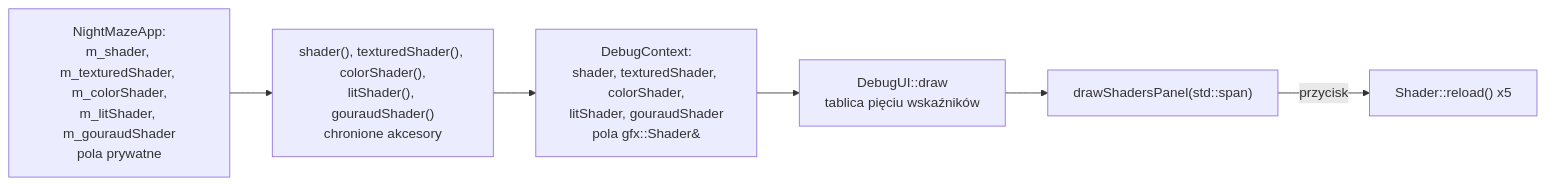
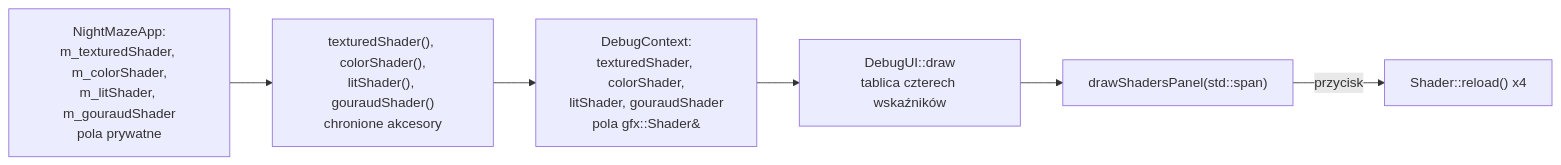
One commit to Shironex/night-maze changed the second of 3 diagrams in docs/modules/gfx/shader-hot-reload.md. Above: the diagram before and after it, drawn with Mermaid. The commit also changed other lines of this file and 50 other files, not shown here.

````diff
--- a/docs/modules/gfx/shader-hot-reload.md
+++ b/docs/modules/gfx/shader-hot-reload.md
@@ -305,8 +308,8 @@
 ```mermaid
 flowchart LR
-    Field["NightMazeApp:<br/>m_shader, m_texturedShader, m_colorShader,<br/>m_litShader, m_gouraudShader<br/>pola prywatne"] --> Acc["shader(), texturedShader(), colorShader(),<br/>litShader(), gouraudShader()<br/>chronione akcesory"]
-    Acc --> Ctx["DebugContext:<br/>shader, texturedShader, colorShader,<br/>litShader, gouraudShader<br/>pola gfx::Shader&"]
-    Ctx --> Draw["DebugUI::draw<br/>tablica pięciu wskaźników"]
+    Field["NightMazeApp:<br/>m_texturedShader, m_colorShader,<br/>m_litShader, m_gouraudShader<br/>pola prywatne"] --> Acc["texturedShader(), colorShader(),<br/>litShader(), gouraudShader()<br/>chronione akcesory"]
+    Acc --> Ctx["DebugContext:<br/>texturedShader, colorShader,<br/>litShader, gouraudShader<br/>pola gfx::Shader&"]
+    Ctx --> Draw["DebugUI::draw<br/>tablica czterech wskaźników"]
     Draw --> Panel["drawShadersPanel(std::span)"]
-    Panel -->|"przycisk"| Reload["Shader::reload() x5"]
+    Panel -->|"przycisk"| Reload["Shader::reload() x4"]
 ```
````
